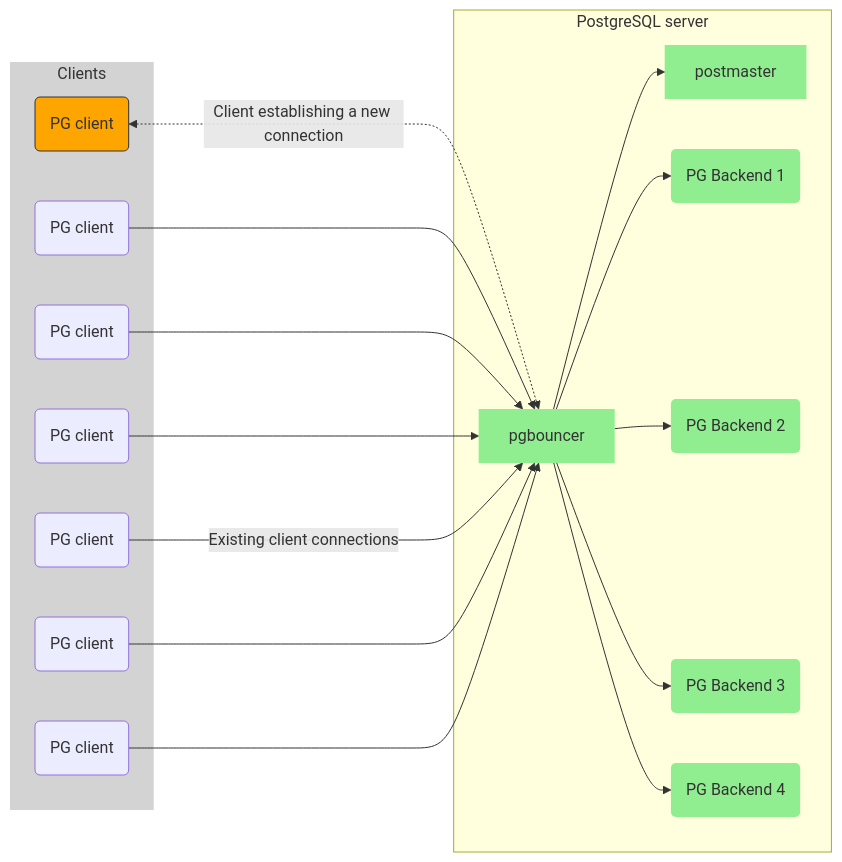
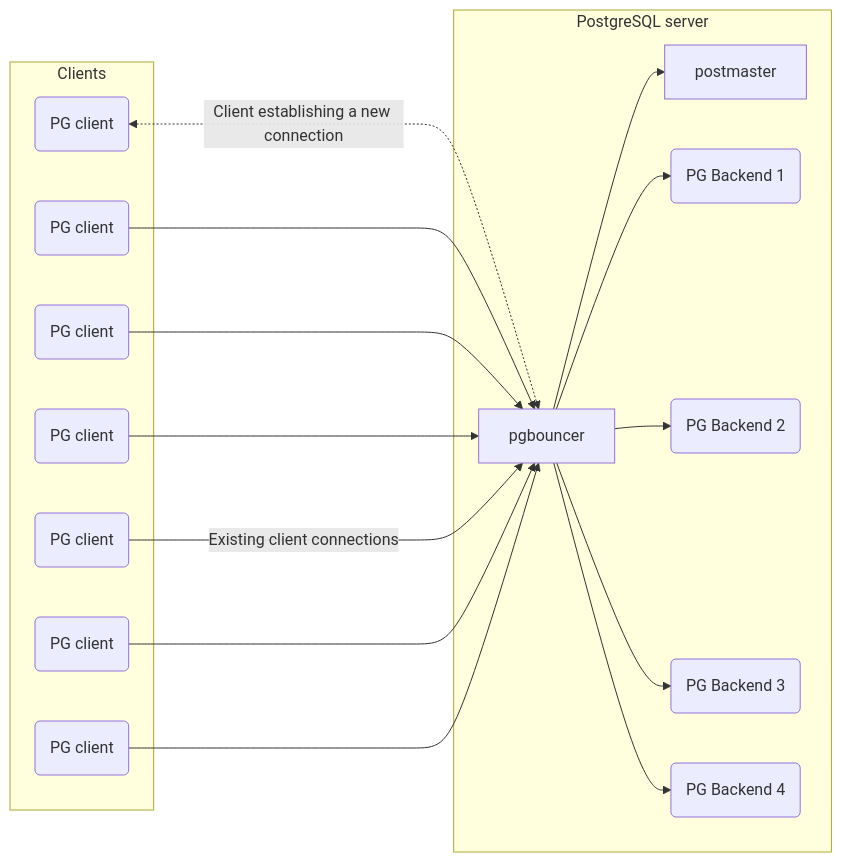
Before and after one commit to aiven/devportal: the second of 2 diagrams in docs/products/postgresql/concepts/pg-connection-pooling.rst, drawn with Mermaid. The commit also changed other lines of this file and 6 other files, not shown here.

```diff
--- a/docs/products/postgresql/concepts/pg-connection-pooling.rst
+++ b/docs/products/postgresql/concepts/pg-connection-pooling.rst
@@ -51,31 +46,25 @@
 .. mermaid::
 
     graph LR
-        classDef style_main_node fill:orange,stroke:#333,stroke-width:0px;spacing:0px;
-        classDef style_pg_services fill:#90ee90,stroke:#333,stroke-width:0px;
-        classDef style_client fill:lightgray,stroke:#333,stroke-width:0px;
         pg_client_1(PG client) <-.->|Client establishing a new connection| pgbouncer
         pg_client_2(PG client) ---> pgbouncer
         pg_client_3(PG client) ---> pgbouncer
         pg_client_4(PG client) ---> pgbouncer
         pg_client_5(PG client) --->|Existing client connections| pgbouncer
         pg_client_6(PG client) ---> pgbouncer
         pg_client_7(PG client) ---> pgbouncer
         pgbouncer --> postmaster
         pgbouncer --> pg_backend_1(PG Backend 1)
         pgbouncer --> pg_backend_2(PG Backend 2)
         pgbouncer --> pg_backend_3(PG Backend 3)
         pgbouncer --> pg_backend_4(PG Backend 4)
 
 
     subgraph PostgreSQL server
         pgbouncer
         postmaster & pg_backend_1 & pg_backend_2 & pg_backend_3 & pg_backend_4
     end
 
     subgraph Clients
         pg_client_1 & pg_client_2 & pg_client_3 & pg_client_4 & pg_client_5 & pg_client_6 & pg_client_7
     end
-    class pg_client_1 style_main_node;
-    class pg_backend_1,pg_backend_2,pg_backend_3,pg_backend_4,pg_backend_5,pg_backend_6,postmaster,pgbouncer style_pg_services;
-    class Clients style_client;
```
